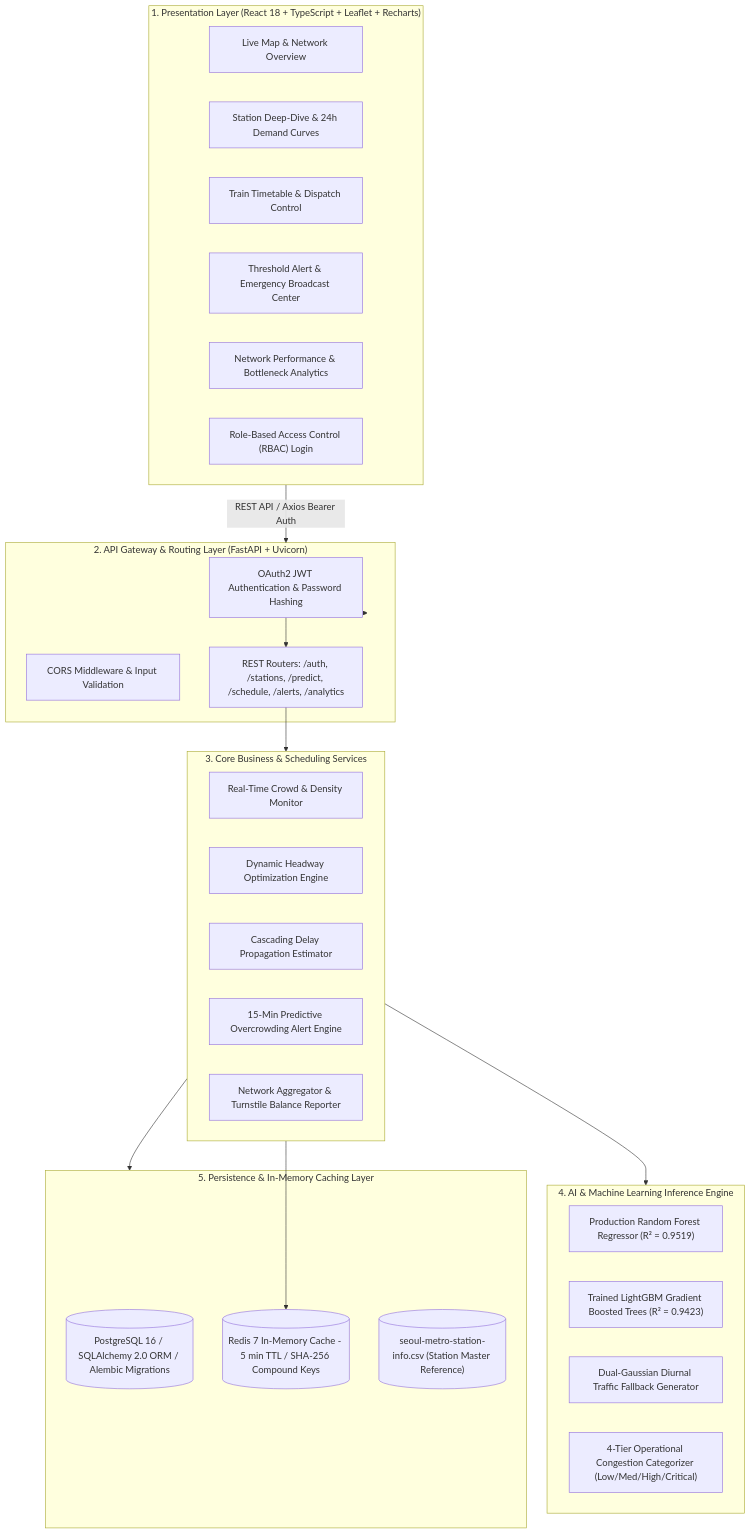
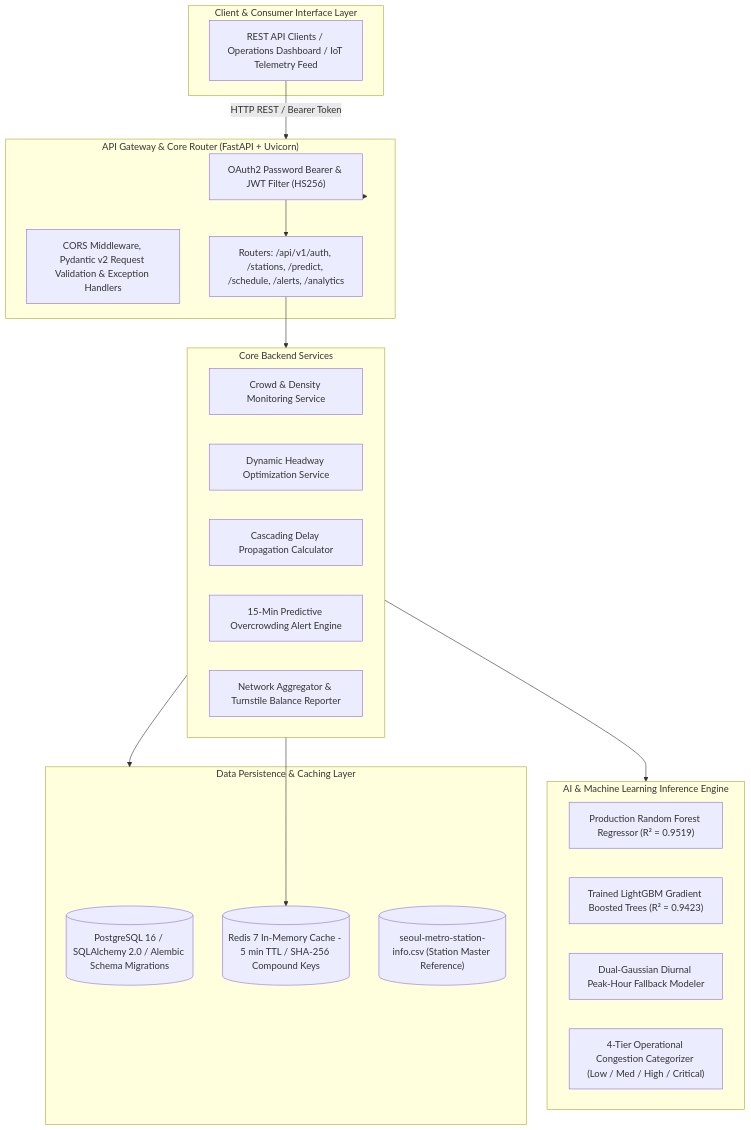
One commit to springboardmentor443m-coder/Predictive-Public-Transit-Intelligence-Platform-for-Crowd-Management-and-Schedule-Optimization changed the first of 3 diagrams in README.md. Above: the diagram before and after it, drawn with Mermaid. The commit also changed other lines of this file and 27 other files, not shown here.

````diff
--- a/README.md
+++ b/README.md
@@ -32,45 +32,40 @@
 ```mermaid
 flowchart TD
-    subgraph UI ["1. Presentation Layer (React 18 + TypeScript + Leaflet + Recharts)"]
-        DASH["Live Map & Network Overview"]
-        DETAIL["Station Deep-Dive & 24h Demand Curves"]
-        SCHED["Train Timetable & Dispatch Control"]
-        ALERT_UI["Threshold Alert & Emergency Broadcast Center"]
-        ANALYTICS_UI["Network Performance & Bottleneck Analytics"]
-        AUTH_UI["Role-Based Access Control (RBAC) Login"]
+    subgraph CLIENTS ["Client & Consumer Interface Layer"]
+        API_REQ["REST API Clients / Operations Dashboard / IoT Telemetry Feed"]
     end
 
-    subgraph API_GATEWAY ["2. API Gateway & Routing Layer (FastAPI + Uvicorn)"]
-        AUTH_MW["OAuth2 JWT Authentication & Password Hashing"]
-        RATE["CORS Middleware & Input Validation"]
-        ROUTERS["REST Routers: /auth, /stations, /predict, /schedule, /alerts, /analytics"]
+    subgraph API_GATEWAY ["API Gateway & Core Router (FastAPI + Uvicorn)"]
+        AUTH_MW["OAuth2 Password Bearer & JWT Filter (HS256)"]
+        RATE["CORS Middleware, Pydantic v2 Request Validation & Exception Handlers"]
+        ROUTERS["Routers: /api/v1/auth, /stations, /predict, /schedule, /alerts, /analytics"]
     end
 
-    subgraph BACKEND_SERVICES ["3. Core Business & Scheduling Services"]
-        CROWD_SVC["Real-Time Crowd & Density Monitor"]
-        SCHED_SVC["Dynamic Headway Optimization Engine"]
-        DELAY_SVC["Cascading Delay Propagation Estimator"]
+    subgraph BACKEND_SERVICES ["Core Backend Services"]
+        CROWD_SVC["Crowd & Density Monitoring Service"]
+        SCHED_SVC["Dynamic Headway Optimization Service"]
+        DELAY_SVC["Cascading Delay Propagation Calculator"]
         ALERT_SVC["15-Min Predictive Overcrowding Alert Engine"]
         ANALYTICS_SVC["Network Aggregator & Turnstile Balance Reporter"]
     end
 
-    subgraph ML_ENGINE ["4. AI & Machine Learning Inference Engine"]
+    subgraph ML_ENGINE ["AI & Machine Learning Inference Engine"]
         RF_MODEL["Production Random Forest Regressor (R² = 0.9519)"]
         LGBM_MODEL["Trained LightGBM Gradient Boosted Trees (R² = 0.9423)"]
-        HEURISTIC["Dual-Gaussian Diurnal Traffic Fallback Generator"]
-        CLASSIFIER["4-Tier Operational Congestion Categorizer (Low/Med/High/Critical)"]
+        HEURISTIC["Dual-Gaussian Diurnal Peak-Hour Fallback Modeler"]
+        CLASSIFIER["4-Tier Operational Congestion Categorizer (Low / Med / High / Critical)"]
     end
 
-    subgraph DATA_STORAGE ["5. Persistence & In-Memory Caching Layer"]
-        PG[(PostgreSQL 16 / SQLAlchemy 2.0 ORM / Alembic Migrations)]
+    subgraph DATA_STORAGE ["Data Persistence & Caching Layer"]
+        PG[(PostgreSQL 16 / SQLAlchemy 2.0 / Alembic Schema Migrations)]
         REDIS[(Redis 7 In-Memory Cache - 5 min TTL / SHA-256 Compound Keys)]
         CSV_DATA[("seoul-metro-station-info.csv (Station Master Reference)")]
     end
 
-    UI -->|REST API / Axios Bearer Auth| API_GATEWAY
+    API_REQ -->|HTTP REST / Bearer Token| API_GATEWAY
     API_GATEWAY --> AUTH_MW --> ROUTERS
     ROUTERS --> BACKEND_SERVICES
     BACKEND_SERVICES --> ML_ENGINE
     BACKEND_SERVICES --> DATA_STORAGE
     BACKEND_SERVICES --> REDIS
 ```
````
